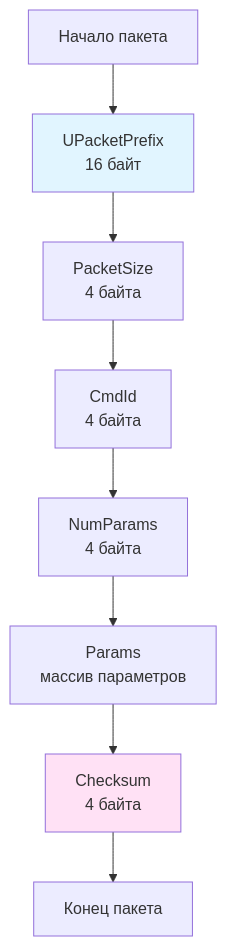
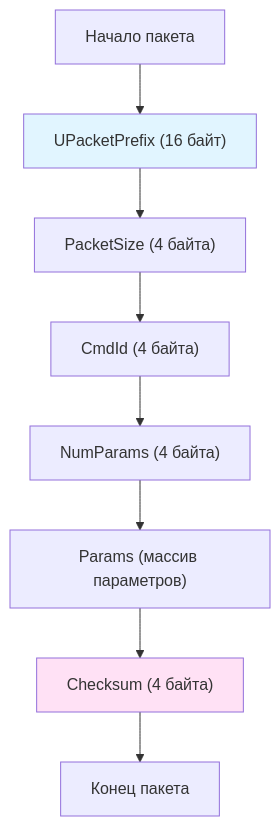
Before and after one commit to aicommunity/Rdk: the fifth of 6 diagrams in Docs/Utilities-Reference.md, drawn with Mermaid. The commit also changed other lines of this file and 19 other files, not shown here.

````diff
--- a/Docs/Utilities-Reference.md
+++ b/Docs/Utilities-Reference.md
@@ -255,13 +408,13 @@
 ```mermaid
 flowchart TB
-    Start[Начало пакета] --> Prefix[UPacketPrefix<br/>16 байт]
-    Prefix --> Size[PacketSize<br/>4 байта]
-    Size --> CmdId[CmdId<br/>4 байта]
-    CmdId --> NumParams[NumParams<br/>4 байта]
-    NumParams --> Params[Params<br/>массив параметров]
-    Params --> Checksum[Checksum<br/>4 байта]
+    Start[Начало пакета] --> Prefix["UPacketPrefix (16 байт)"]
+    Prefix --> Size["PacketSize (4 байта)"]
+    Size --> CmdId["CmdId (4 байта)"]
+    CmdId --> NumParams["NumParams (4 байта)"]
+    NumParams --> Params["Params (массив параметров)"]
+    Params --> Checksum["Checksum (4 байта)"]
     Checksum --> End[Конец пакета]
     
     style Prefix fill:#e1f5ff
     style Checksum fill:#ffe1f5
 ```
````
